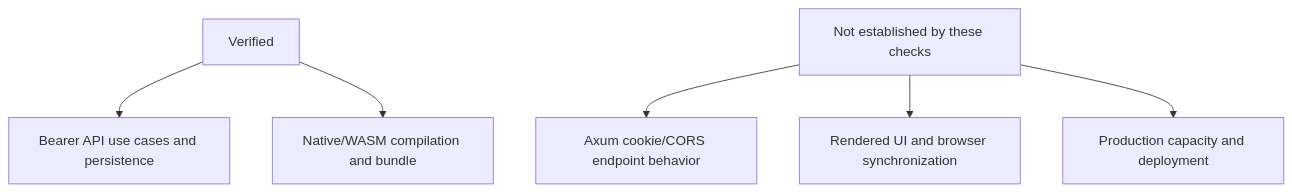
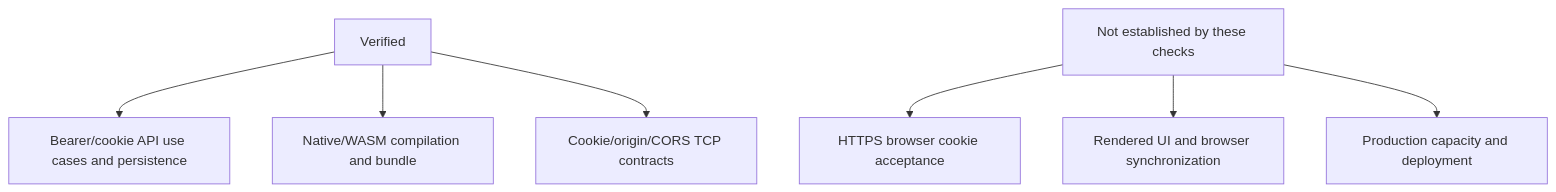
Before and after one commit to enzumeii/monolith: the second of 2 diagrams in docs/verification.md, drawn with Mermaid. The commit also changed other lines of this file and 6 other files, not shown here.

````diff
--- a/docs/verification.md
+++ b/docs/verification.md
@@ -72,8 +73,9 @@
 ```mermaid
 flowchart TB
-    VERIFIED["Verified"] --> USECASES["Bearer API use cases and persistence"]
+    VERIFIED["Verified"] --> USECASES["Bearer/cookie API use cases and persistence"]
     VERIFIED --> COMPILE["Native/WASM compilation and bundle"]
-    GAP["Not established by these checks"] --> COOKIES["Axum cookie/CORS endpoint behavior"]
+    VERIFIED --> COOKIES["Cookie/origin/CORS TCP contracts"]
+    GAP["Not established by these checks"] --> HTTPS["HTTPS browser cookie acceptance"]
     GAP --> BROWSER["Rendered UI and browser synchronization"]
     GAP --> CAPACITY["Production capacity and deployment"]
 ```
````
